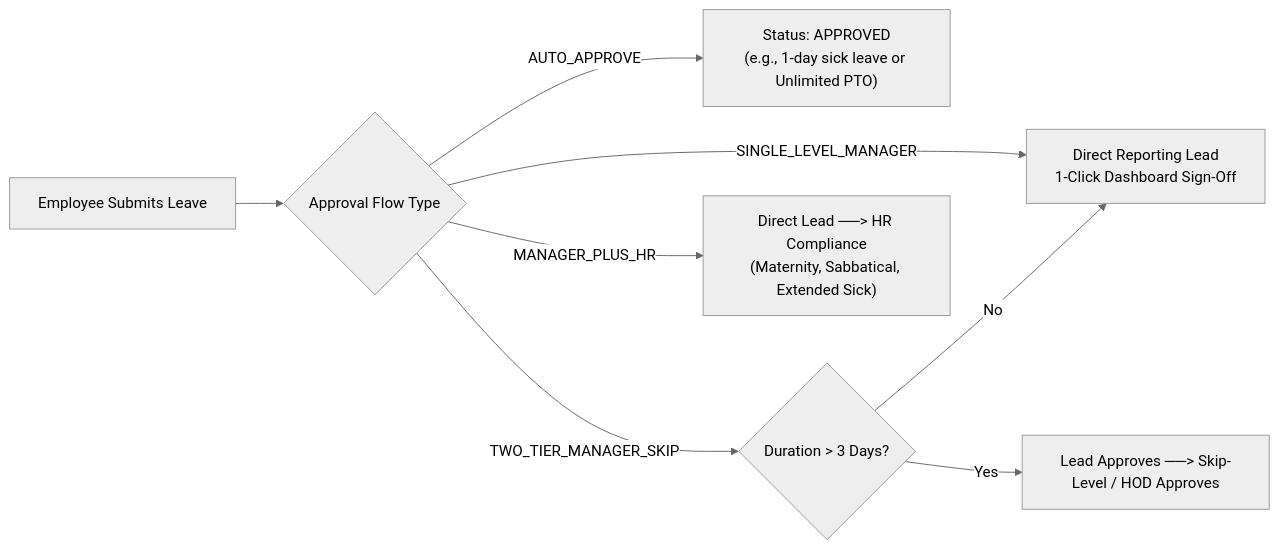
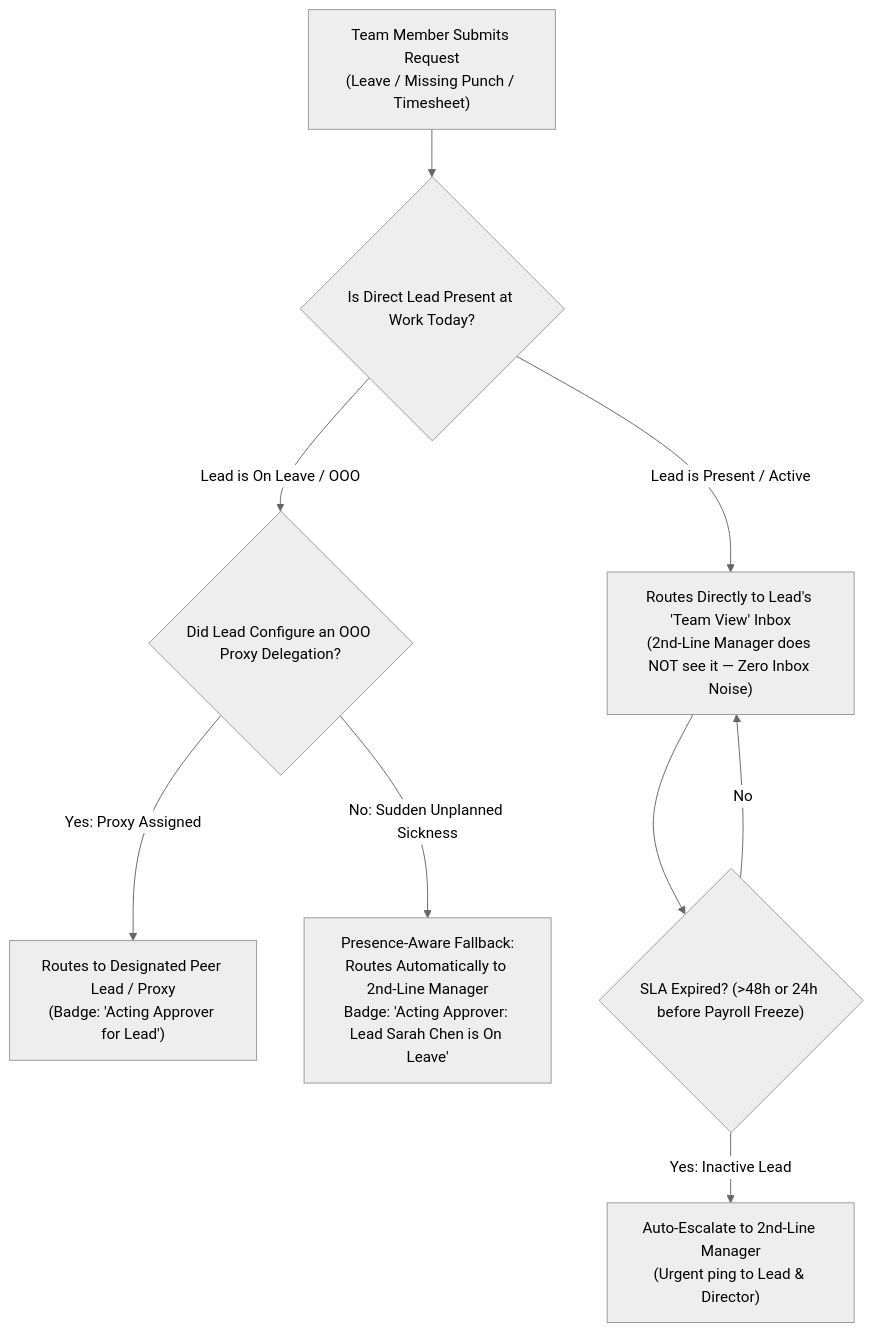
One commit to innostes-dev/erp changed the second of 3 diagrams in research/final_modules/hrms/03_leave_governance_and_accruals.md. Above: the diagram before and after it, drawn with Mermaid (neutral theme). The commit also changed other lines of this file and 2 other files, not shown here.

Commit message:
feat(approvals): implement My View vs Team View dashboard, OOO proxy delegation, and presence-aware skip-level fallback

````diff
--- a/research/final_modules/hrms/03_leave_governance_and_accruals.md
+++ b/research/final_modules/hrms/03_leave_governance_and_accruals.md
@@ -218,14 +221,15 @@
 ```mermaid
-flowchart LR
-    Submit["Employee Submits Leave"] --> FlowCheck{"Approval Flow Type"}
+flowchart TD
+    Submit["Team Member Submits Request<br/>(Leave / Missing Punch / Timesheet)"] --> LeadCheck{"Is Direct Lead Present at Work Today?"}
     
-    FlowCheck -->|AUTO_APPROVE| Auto["Status: APPROVED<br/>(e.g., 1-day sick leave or Unlimited PTO)"]
+    LeadCheck -->|Lead is Present / Active| LeadQueue["Routes Directly to Lead's 'Team View' Inbox<br/>(2nd-Line Manager does NOT see it — Zero Inbox Noise)"]
     
-    FlowCheck -->|SINGLE_LEVEL_MANAGER| LeadOnly["Direct Reporting Lead<br/>1-Click Dashboard Sign-Off"]
+    LeadCheck -->|Lead is On Leave / OOO| DelCheck{"Did Lead Configure an OOO Proxy Delegation?"}
     
-    FlowCheck -->|TWO_TIER_MANAGER_SKIP| TierCheck{"Duration > 3 Days?"}
-    TierCheck -->|No| LeadOnly
-    TierCheck -->|Yes| TwoTier["Lead Approves ──> Skip-Level / HOD Approves"]
+    DelCheck -->|Yes: Proxy Assigned| ProxyQueue["Routes to Designated Peer Lead / Proxy<br/>(Badge: 'Acting Approver for Lead')"]
+    DelCheck -->|No: Sudden Unplanned Sickness| AutoFallback["Presence-Aware Fallback:<br/>Routes Automatically to 2nd-Line Manager<br/>Badge: 'Acting Approver: Lead Sarah Chen is On Leave'"]
     
-    FlowCheck -->|MANAGER_PLUS_HR| SpecRoute["Direct Lead ──> HR Compliance<br/>(Maternity, Sabbatical, Extended Sick)"]
+    LeadQueue --> SLACheck{"SLA Expired? (>48h or 24h before Payroll Freeze)"}
+    SLACheck -->|Yes: Inactive Lead| AutoEscalate["Auto-Escalate to 2nd-Line Manager<br/>(Urgent ping to Lead & Director)"]
+    SLACheck -->|No| LeadQueue
 ```
````
